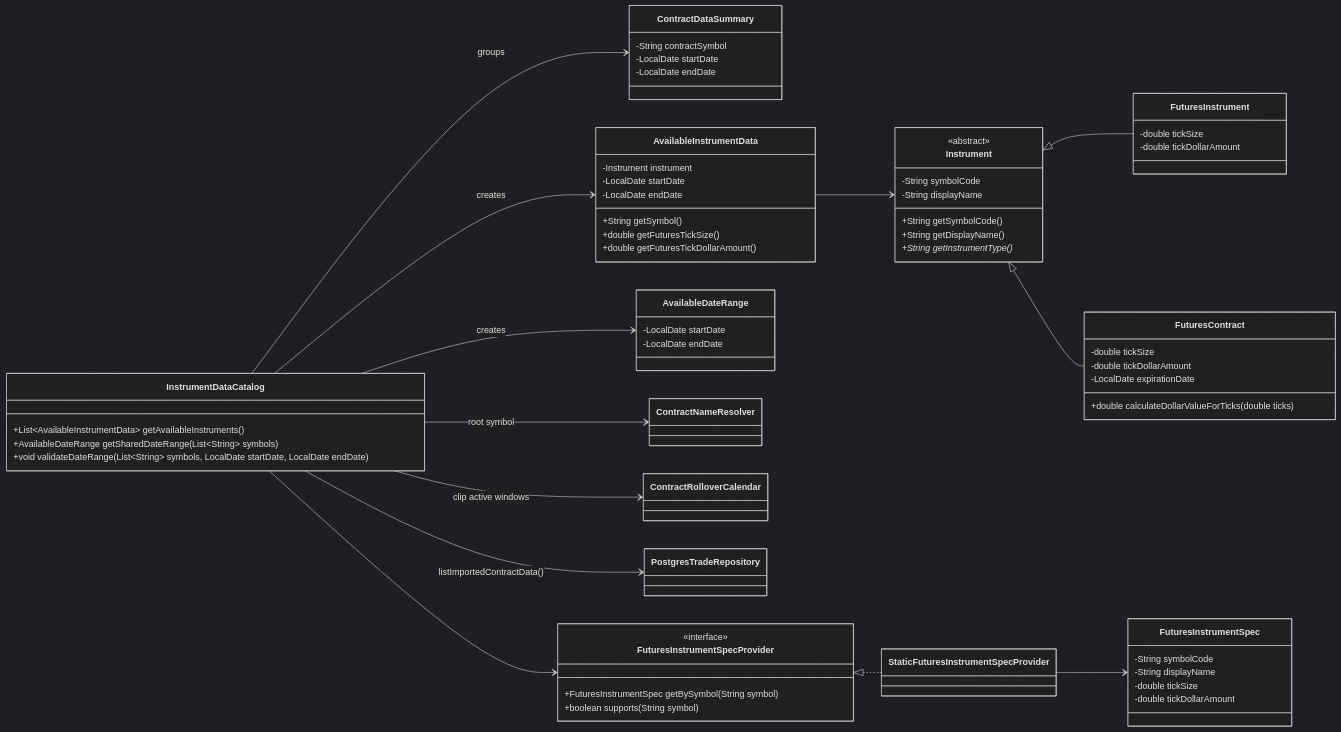
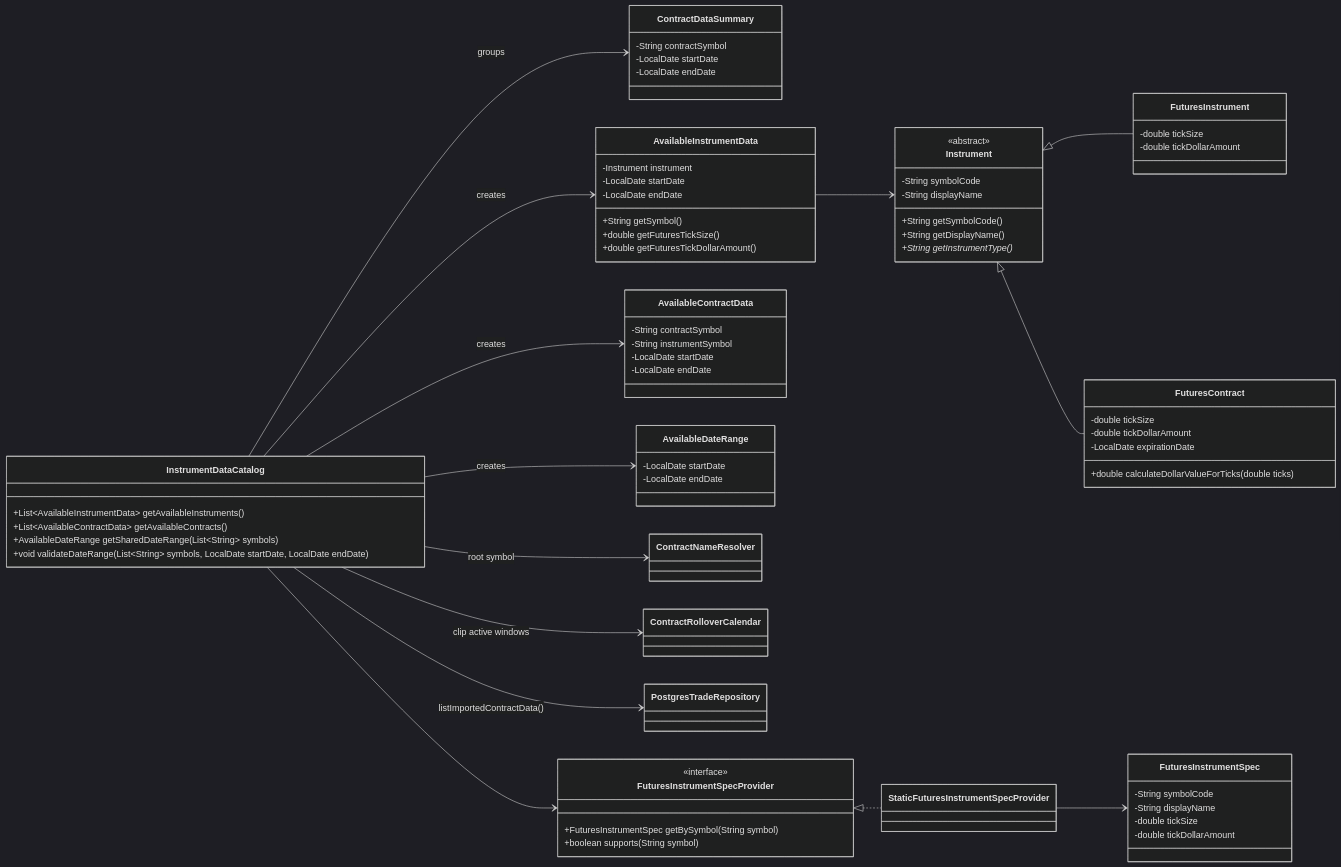
Before and after one commit to probst-paul/FORGE: the seventh of 19 diagrams in class-model.md, drawn with Mermaid (dark theme). The commit also changed other lines of this file and 8 other files, not shown here.

First line of the commit message:
Drive instrument selection by contracts

```diff
--- a/class-model.md
+++ b/class-model.md
@@ -417,6 +418,7 @@
 
     class InstrumentDataCatalog {
         +List~AvailableInstrumentData~ getAvailableInstruments()
+        +List~AvailableContractData~ getAvailableContracts()
         +AvailableDateRange getSharedDateRange(List~String~ symbols)
         +void validateDateRange(List~String~ symbols, LocalDate startDate, LocalDate endDate)
     }
@@ -434,6 +436,13 @@
         +String getSymbol()
         +double getFuturesTickSize()
         +double getFuturesTickDollarAmount()
+    }
+
+    class AvailableContractData {
+        -String contractSymbol
+        -String instrumentSymbol
+        -LocalDate startDate
+        -LocalDate endDate
     }
 
     class AvailableDateRange {
@@ -485,6 +494,7 @@
     InstrumentDataCatalog --> ContractNameResolver : root symbol
     InstrumentDataCatalog --> ContractRolloverCalendar : clip active windows
     InstrumentDataCatalog --> AvailableInstrumentData : creates
+    InstrumentDataCatalog --> AvailableContractData : creates
     InstrumentDataCatalog --> AvailableDateRange : creates
     InstrumentDataCatalog --> ContractDataSummary : groups
     InstrumentDataCatalog --> FuturesInstrumentSpecProvider
```
